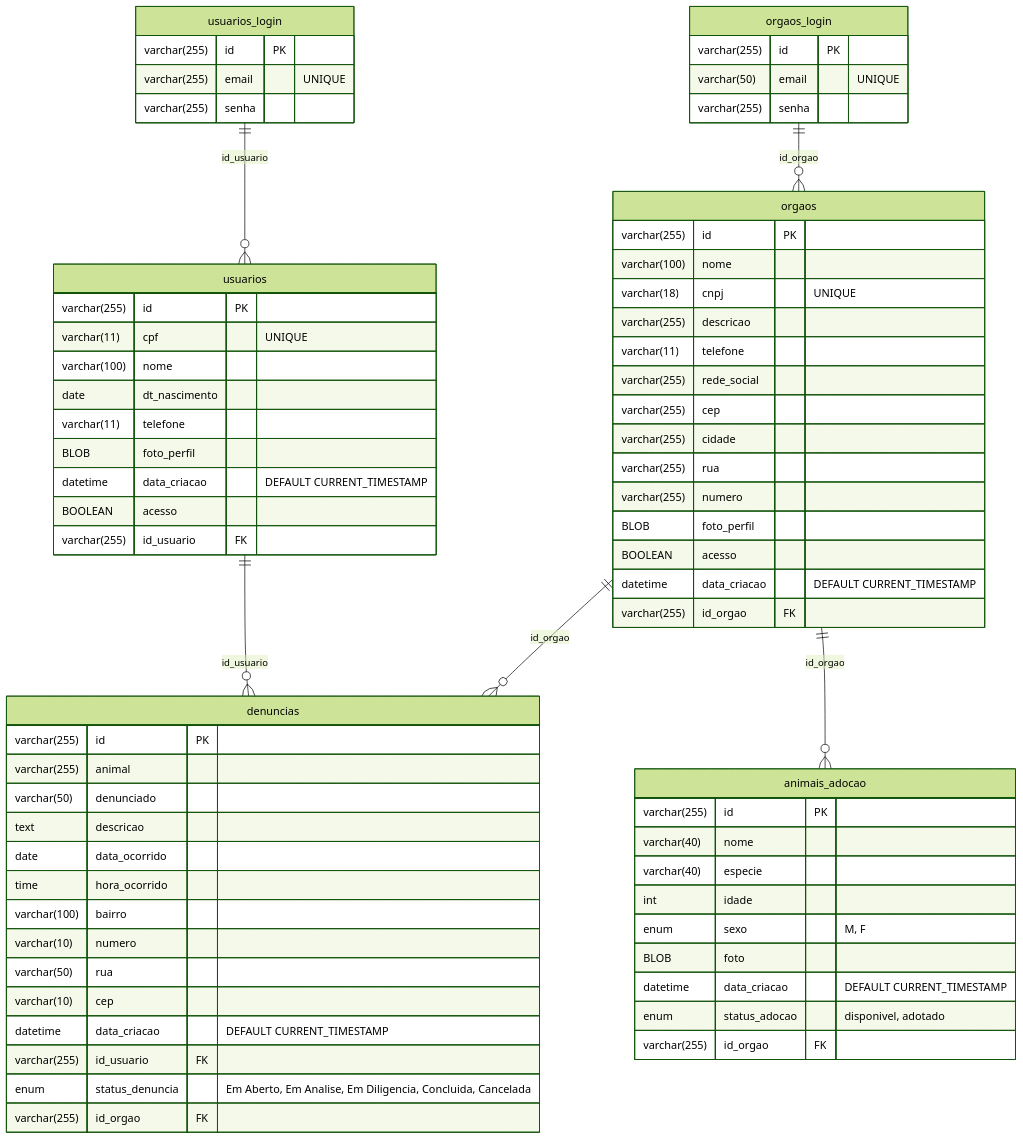
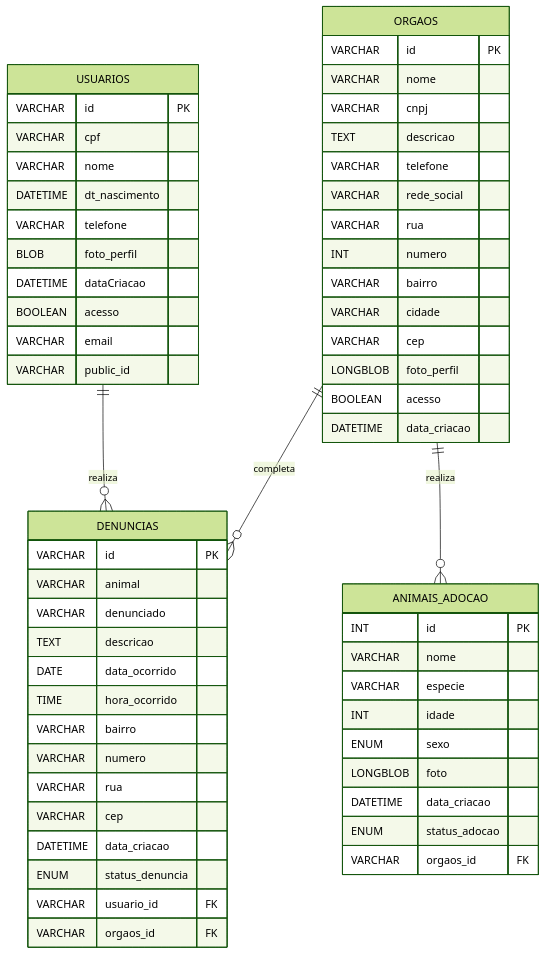
The diagram in README.md (ArthurMouraa/Api-Denuncias), drawn with Mermaid (forest theme) before and after one commit.

````diff
--- a/README.md
+++ b/README.md
@@ -8,80 +8,63 @@
 ```mermaid
 erDiagram
-
-    orgaos_login {
-        varchar(255) id PK
-        varchar(50) email "UNIQUE"
-        varchar(255) senha
+    ORGAOS {
+        VARCHAR id PK
+        VARCHAR nome
+        VARCHAR cnpj
+        TEXT descricao
+        VARCHAR telefone
+        VARCHAR rede_social
+        VARCHAR rua
+        INT numero
+        VARCHAR bairro
+        VARCHAR cidade
+        VARCHAR cep
+        LONGBLOB foto_perfil
+        BOOLEAN acesso
+        DATETIME data_criacao
+    }
+    USUARIOS {
+        VARCHAR id PK
+        VARCHAR cpf
+        VARCHAR nome
+        DATETIME dt_nascimento
+        VARCHAR telefone
+        BLOB foto_perfil
+        DATETIME dataCriacao
+        BOOLEAN acesso
+        VARCHAR email
+        VARCHAR public_id
+    }
+    DENUNCIAS {
+        VARCHAR id PK
+        VARCHAR animal
+        VARCHAR denunciado
+        TEXT descricao
+        DATE data_ocorrido
+        TIME hora_ocorrido
+        VARCHAR bairro
+        VARCHAR numero
+        VARCHAR rua
+        VARCHAR cep
+        DATETIME data_criacao
+        ENUM status_denuncia
+        VARCHAR usuario_id FK
+        VARCHAR orgaos_id FK
+    }
+    ANIMAIS_ADOCAO {
+        INT id PK
+        VARCHAR nome
+        VARCHAR especie
+        INT idade
+        ENUM sexo
+        LONGBLOB foto
+        DATETIME data_criacao
+        ENUM status_adocao
+        VARCHAR orgaos_id FK
     }
 
-    usuarios_login {
-        varchar(255) id PK
-        varchar(255) email "UNIQUE"
-        varchar(255) senha
-    }
-
-    orgaos {
-        varchar(255) id PK
-        varchar(100) nome
-        varchar(18) cnpj "UNIQUE"
-        varchar(255) descricao
-        varchar(11) telefone
-        varchar(255) rede_social
-        varchar(255) cep
-        varchar(255) cidade
-        varchar(255) rua
-        varchar(255) numero
-        BLOB foto_perfil
-        BOOLEAN acesso
-        datetime data_criacao "DEFAULT CURRENT_TIMESTAMP"
-        varchar(255) id_orgao FK
-    }
-
-    usuarios {
-        varchar(255) id PK
-        varchar(11) cpf "UNIQUE"
-        varchar(100) nome
-        date dt_nascimento
-        varchar(11) telefone
-        BLOB foto_perfil
-        datetime data_criacao "DEFAULT CURRENT_TIMESTAMP"
-        BOOLEAN acesso
-        varchar(255) id_usuario FK
-    }
-
-    denuncias {
-        varchar(255) id PK
-        varchar(255) animal
-        varchar(50) denunciado
-        text descricao
-        date data_ocorrido
-        time hora_ocorrido
-        varchar(100) bairro
-        varchar(10) numero
-        varchar(50) rua
-        varchar(10) cep
-        datetime data_criacao "DEFAULT CURRENT_TIMESTAMP"
-        varchar(255) id_usuario FK
-        enum status_denuncia "Em Aberto, Em Analise, Em Diligencia, Concluida, Cancelada"
-        varchar(255) id_orgao FK
-    }
-
-    animais_adocao {
-        varchar(255) id PK
-        varchar(40) nome
-        varchar(40) especie
-        int idade
-        enum sexo "M, F"
-        BLOB foto
-        datetime data_criacao "DEFAULT CURRENT_TIMESTAMP"
-        enum status_adocao "disponivel, adotado"
-        varchar(255) id_orgao FK
-    }
-
-    orgaos_login ||--o{ orgaos : "id_orgao"
-    usuarios_login ||--o{ usuarios : "id_usuario"
-    usuarios ||--o{ denuncias : "id_usuario"
-    orgaos ||--o{ denuncias : "id_orgao"
-    orgaos ||--o{ animais_adocao : "id_orgao"
+    USUARIOS ||--o{ DENUNCIAS : realiza
+    ORGAOS ||--o{ DENUNCIAS : completa
+    ORGAOS ||--o{ ANIMAIS_ADOCAO : realiza
 
 ```
````
